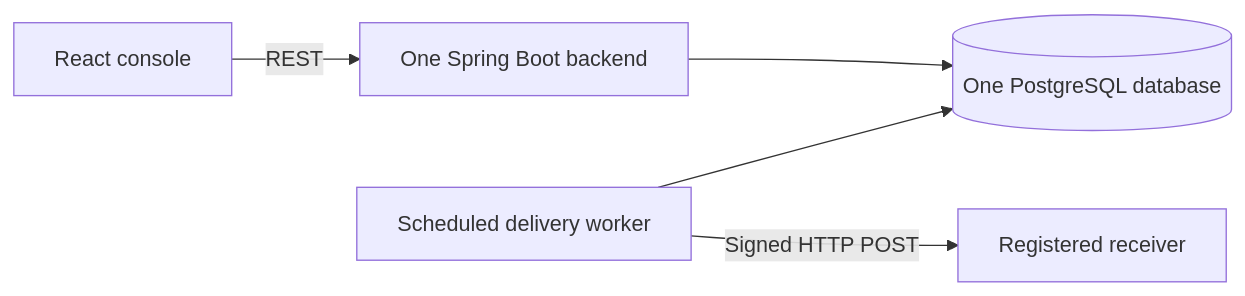
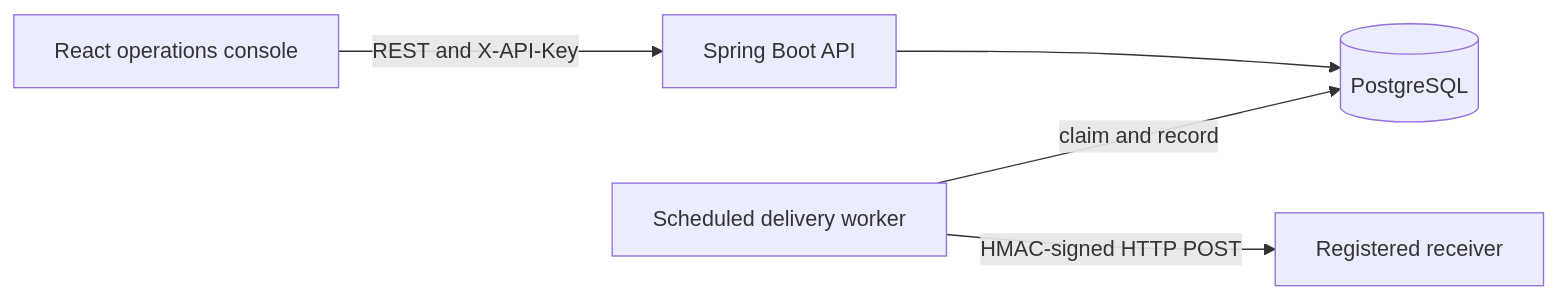
One commit to YashwardhanV/SignalDock changed the diagram in README.md. Above: the diagram before and after it, drawn with Mermaid. The commit also changed other lines of this file, not shown here.

````diff
--- a/README.md
+++ b/README.md
@@ -26,7 +11,7 @@
 ```mermaid
 flowchart LR
-    UI["React console"] -->|"REST"| APP["One Spring Boot backend"]
-    APP --> DB[("One PostgreSQL database")]
-    WORKER["Scheduled delivery worker"] --> DB
-    WORKER -->|"Signed HTTP POST"| RECEIVER["Registered receiver"]
+    UI["React operations console"] -->|"REST and X-API-Key"| API["Spring Boot API"]
+    API --> DB[("PostgreSQL")]
+    Worker["Scheduled delivery worker"] -->|"claim and record"| DB
+    Worker -->|"HMAC-signed HTTP POST"| Receiver["Registered receiver"]
 ```
````
